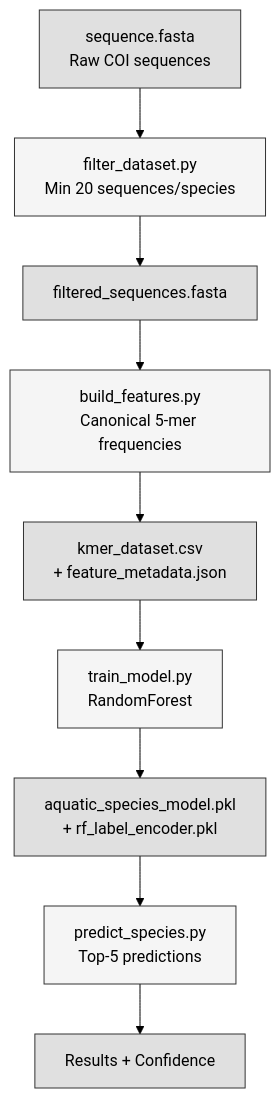
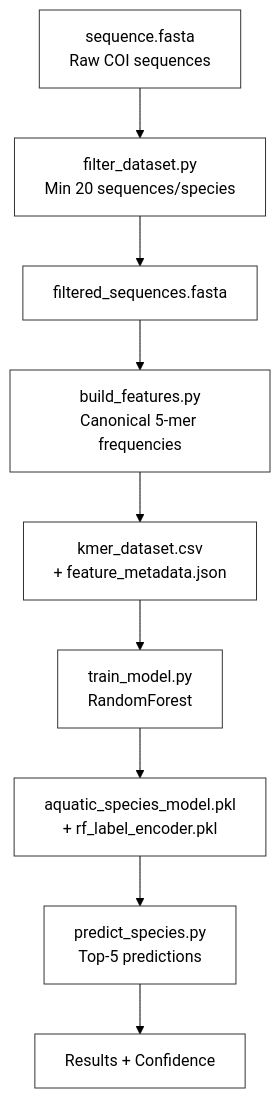
The first of 3 diagrams in README.md (0DhruvHere0/Aqua-DNA-Classifier), drawn with Mermaid (forest theme) before and after one commit.

Commit message:
Tried to update readme v2.1

````diff
--- a/README.md
+++ b/README.md
@@ -50,16 +50,16 @@
 ```mermaid
 flowchart TD
     A["sequence.fasta<br/>Raw COI sequences"] --> B["filter_dataset.py<br/>Min 20 sequences/species"]
     B --> C["filtered_sequences.fasta"]
     C --> D["build_features.py<br/>Canonical 5-mer frequencies"]
     D --> E["kmer_dataset.csv<br/>+ feature_metadata.json"]
     E --> F["train_model.py<br/>RandomForest"]
     F --> G["aquatic_species_model.pkl<br/>+ rf_label_encoder.pkl"]
     G --> H["predict_species.py<br/>Top-5 predictions"]
     H --> I["Results + Confidence"]
 
-    classDef default fill:#f5f5f5,stroke:#333,stroke-width:1px
-    classDef input fill:#e0e0e0,stroke:#333
+    classDef default fill:transparent,stroke:#333,stroke-width:1px
+    classDef input fill:transparent,stroke:#333,stroke-width:1px
 
     class A,C,E,G,I input
 ```
````
